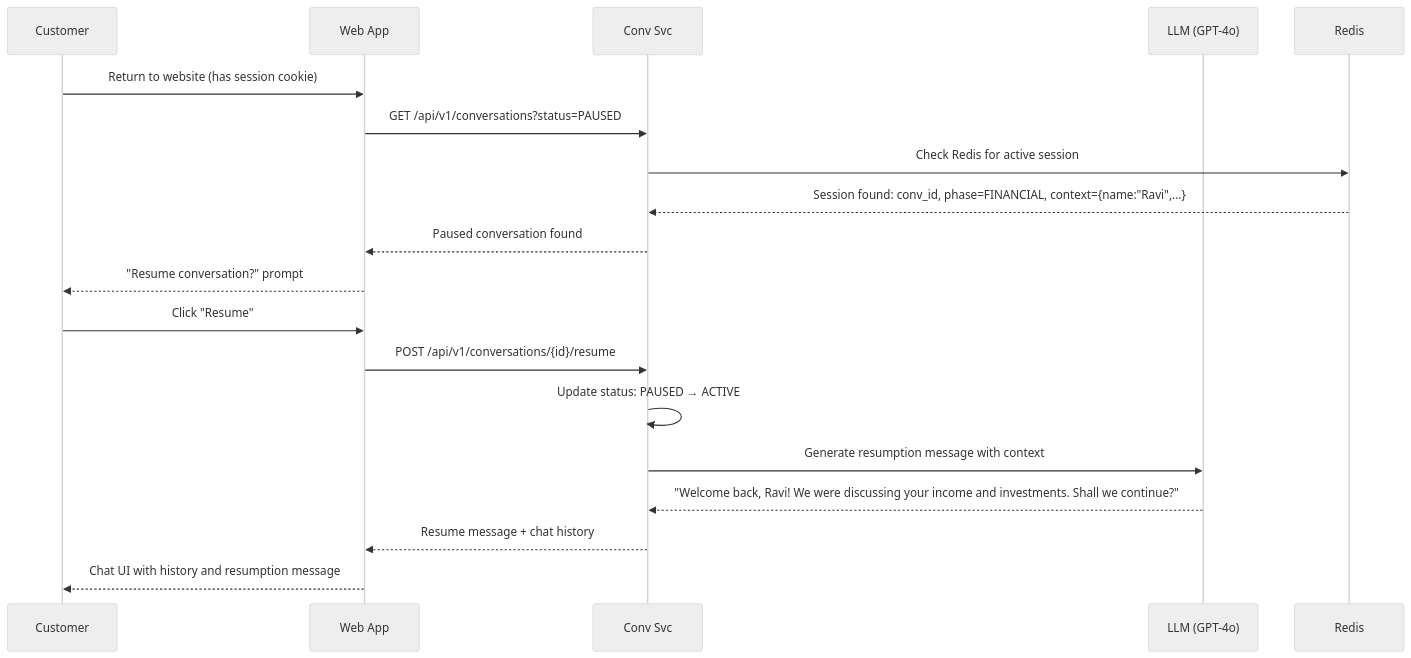
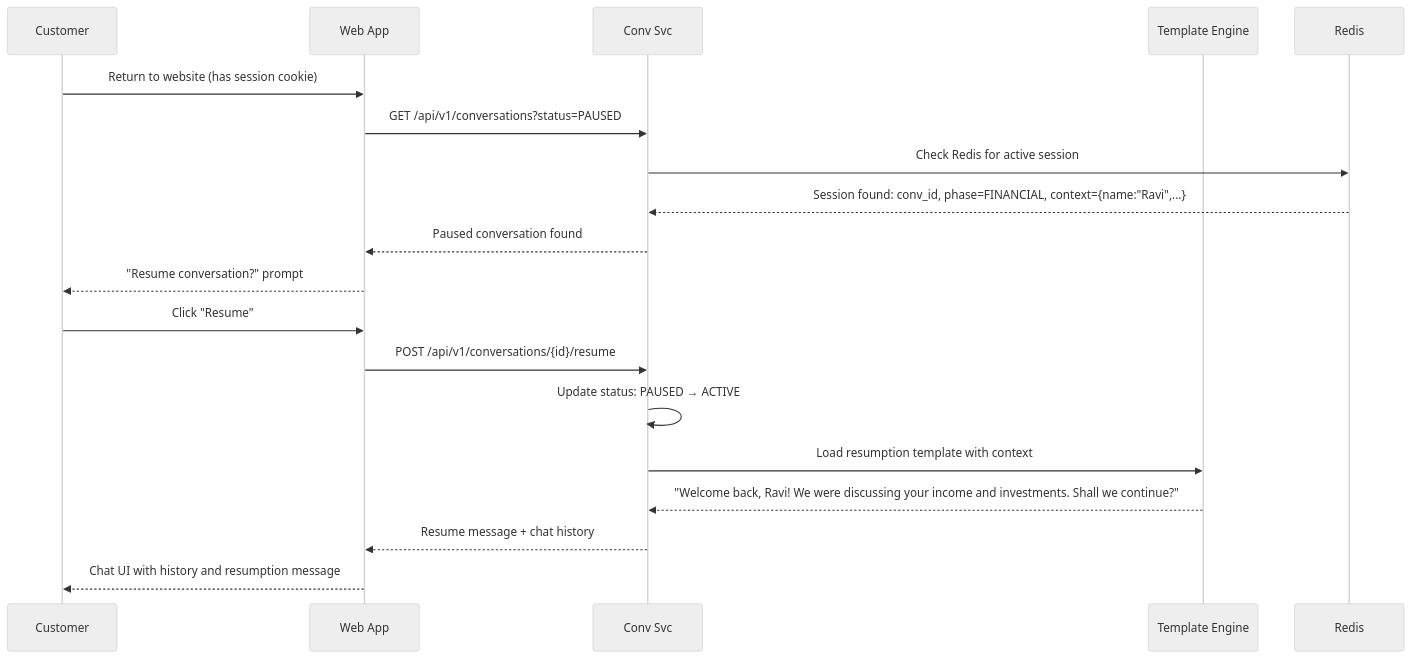
Diagram 18 of 20 in docs/design/05-sequence-diagrams.md (Cognition-Partner-Workshops/uc-framework-upgrade-monolith-to-microservices), drawn with Mermaid (neutral theme) before and after one commit. The commit also changed other lines of this file and 4 other files, not shown here.

````diff
--- a/docs/design/05-sequence-diagrams.md
+++ b/docs/design/05-sequence-diagrams.md
@@ -571,23 +566,23 @@
 ```mermaid
 sequenceDiagram
     participant C as Customer
     participant W as Web App
     participant CS as Conv Svc
-    participant LLM as LLM (GPT-4o)
+    participant TE as Template Engine
     participant R as Redis
 
     C->>W: Return to website (has session cookie)
     W->>CS: GET /api/v1/conversations?status=PAUSED
     CS->>R: Check Redis for active session
     R-->>CS: Session found: conv_id, phase=FINANCIAL, context={name:"Ravi",...}
     CS-->>W: Paused conversation found
     W-->>C: "Resume conversation?" prompt
 
     C->>W: Click "Resume"
     W->>CS: POST /api/v1/conversations/{id}/resume
     CS->>CS: Update status: PAUSED → ACTIVE
-    CS->>LLM: Generate resumption message with context
-    LLM-->>CS: "Welcome back, Ravi! We were discussing your income and investments. Shall we continue?"
+    CS->>TE: Load resumption template with context
+    TE-->>CS: "Welcome back, Ravi! We were discussing your income and investments. Shall we continue?"
     CS-->>W: Resume message + chat history
     W-->>C: Chat UI with history and resumption message
 ```
````
